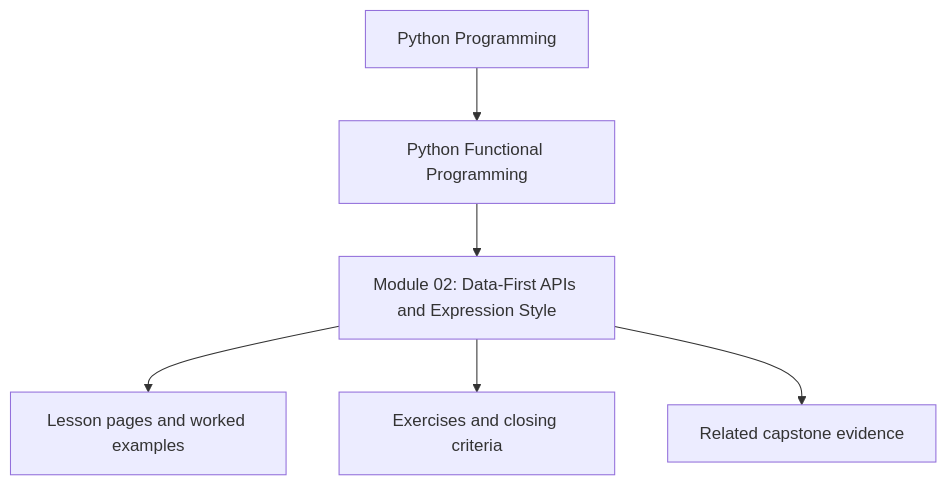
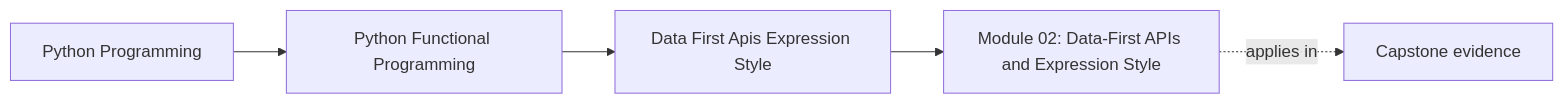
One commit to bijux/bijux-masterclass changed the first of 2 diagrams in programs/python-programming/python-functional-programming/course-book/module-02-data-first-apis-expression-style/index.md. Above: the diagram before and after it, drawn with Mermaid. The commit also changed other lines of this file and 73 other files, not shown here.

Commit message:
docs(python-functional-programming): map orientation through streaming foundations

````diff
--- a/programs/python-programming/python-functional-programming/course-book/module-02-data-first-apis-expression-style/index.md
+++ b/programs/python-programming/python-functional-programming/course-book/module-02-data-first-apis-expression-style/index.md
@@ -7,8 +7,11 @@
 ```mermaid
-flowchart TD
-  family["Python Programming"] --> program["Python Functional Programming"]
-  program --> module["Module 02: Data-First APIs and Expression Style"]
-  module --> lessons["Lesson pages and worked examples"]
-  module --> checkpoints["Exercises and closing criteria"]
-  module --> capstone["Related capstone evidence"]
+graph LR
+  family["Python Programming"]
+  program["Python Functional Programming"]
+  section["Data First Apis Expression Style"]
+  page["Module 02: Data-First APIs and Expression Style"]
+  capstone["Capstone evidence"]
+
+  family --> program --> section --> page
+  page -.applies in.-> capstone
 ```
````
